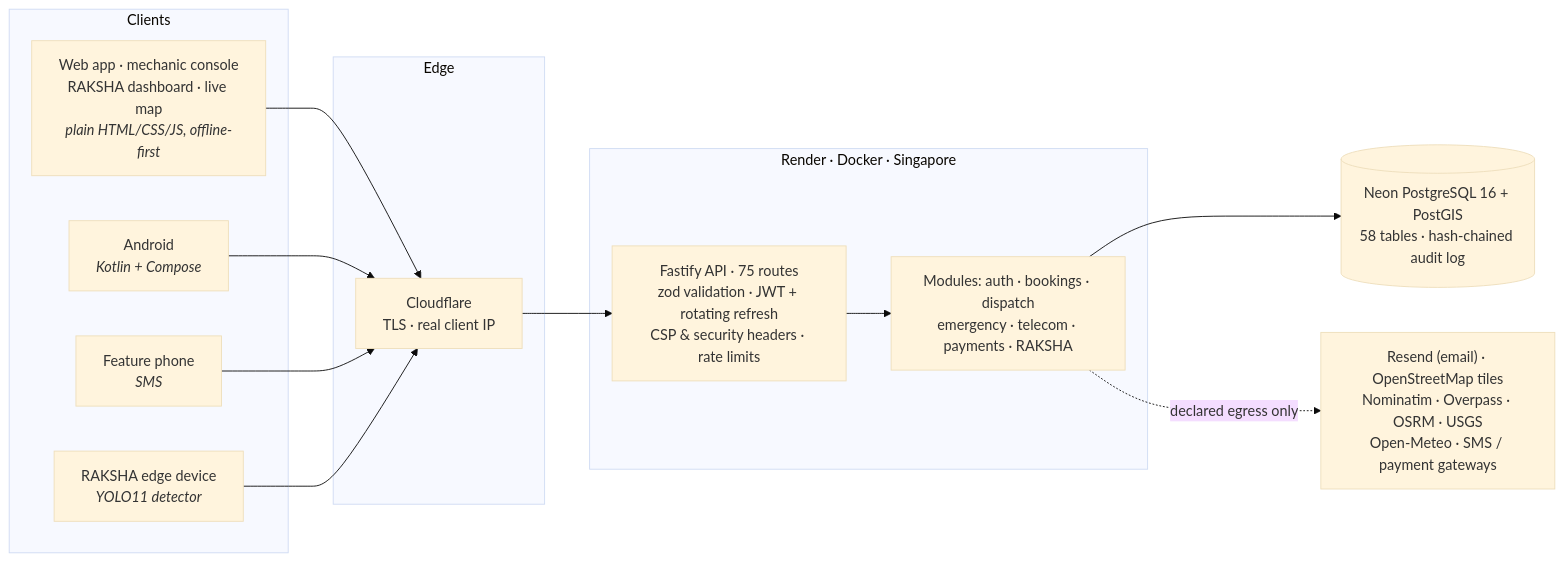
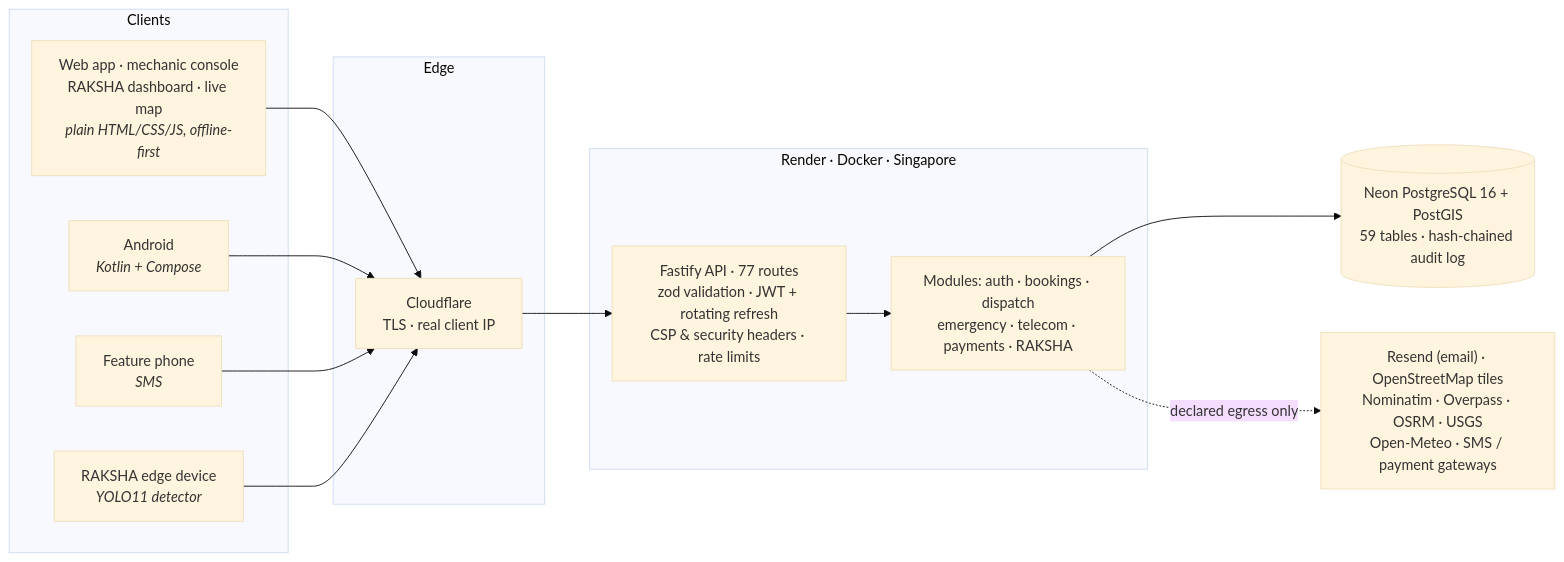
Before and after one commit to saatwik-1157/roadassist-bharat: the diagram in README.md, drawn with Mermaid (base theme). The commit also changed other lines of this file and 84 other files, not shown here.

````diff
--- a/README.md
+++ b/README.md
@@ -186,26 +186,26 @@
 ```mermaid
 flowchart LR
   subgraph Clients
     W["Web app · mechanic console<br/>RAKSHA dashboard · live map<br/><i>plain HTML/CSS/JS, offline-first</i>"]
     A["Android<br/><i>Kotlin + Compose</i>"]
     F["Feature phone<br/><i>SMS</i>"]
     E["RAKSHA edge device<br/><i>YOLO11 detector</i>"]
   end
 
   subgraph Edge
     CF["Cloudflare<br/>TLS · real client IP"]
   end
 
   subgraph Render["Render · Docker · Singapore"]
-    API["Fastify API · 75 routes<br/>zod validation · JWT + rotating refresh<br/>CSP & security headers · rate limits"]
+    API["Fastify API · 77 routes<br/>zod validation · JWT + rotating refresh<br/>CSP & security headers · rate limits"]
     MOD["Modules: auth · bookings · dispatch<br/>emergency · telecom · payments · RAKSHA"]
     API --> MOD
   end
 
-  DB[("Neon PostgreSQL 16 + PostGIS<br/>58 tables · hash-chained audit log")]
+  DB[("Neon PostgreSQL 16 + PostGIS<br/>59 tables · hash-chained audit log")]
   X["Resend (email) · OpenStreetMap tiles<br/>Nominatim · Overpass · OSRM · USGS<br/>Open-Meteo · SMS / payment gateways"]
 
   W & A & F & E --> CF --> API
   MOD --> DB
   MOD -. declared egress only .-> X
 ```
````
